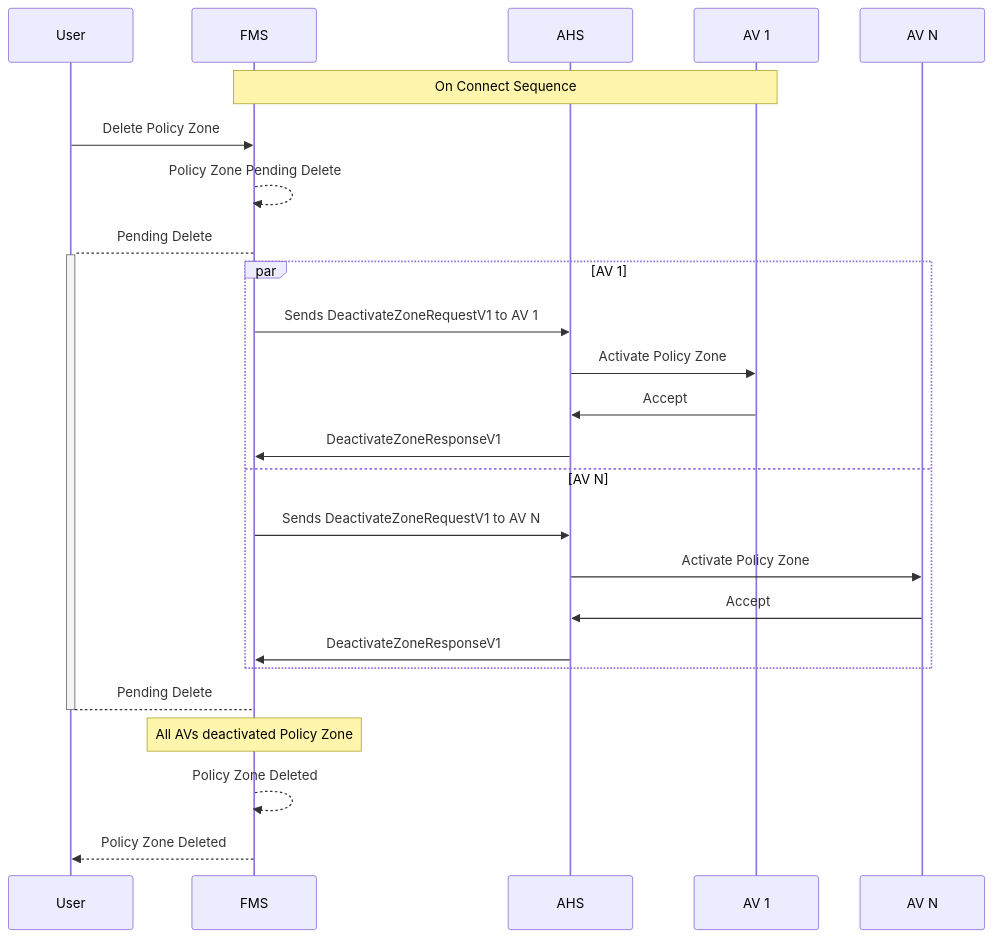
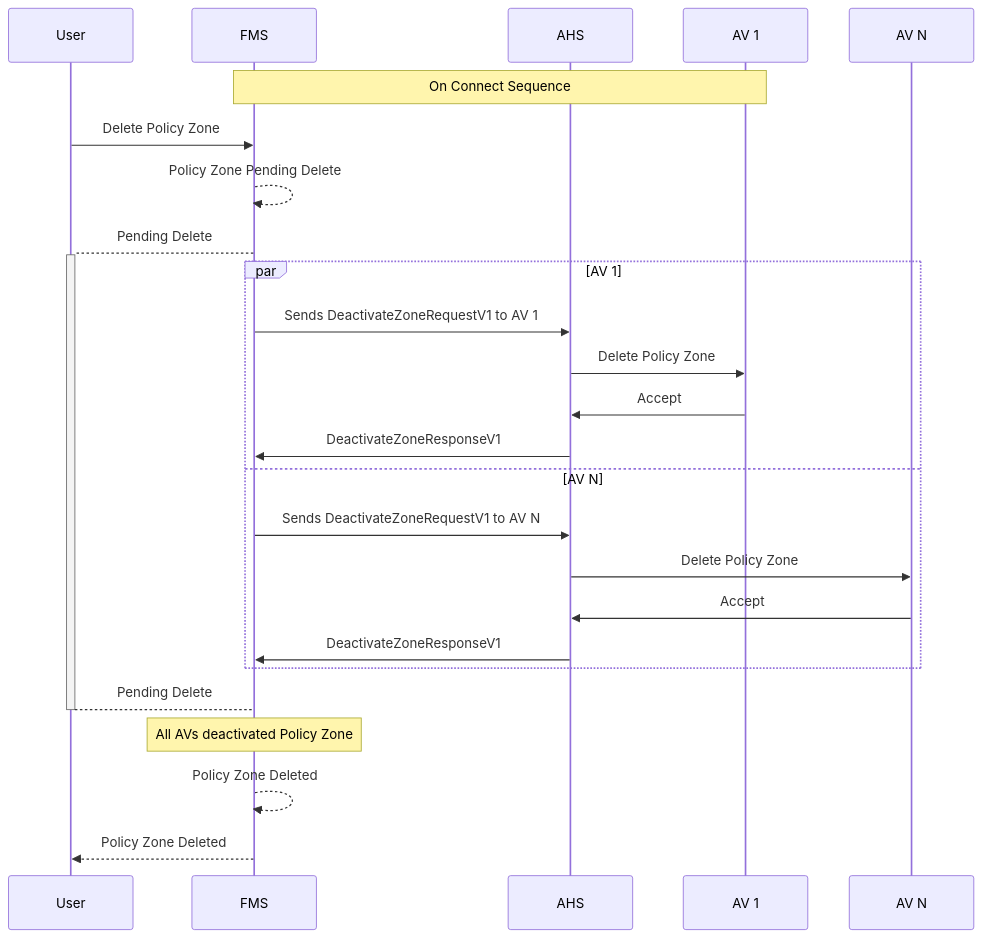
Before and after one commit to open-autonomy/zone: the diagram in diagram/PolicyZoneDeletion.md, drawn with Mermaid. The commit also changed other lines of this file and 11 other files, not shown here.

````diff
--- a/diagram/PolicyZoneDeletion.md
+++ b/diagram/PolicyZoneDeletion.md
@@ -6,31 +10,31 @@
 ```mermaid
 sequenceDiagram
     participant User
     participant FMS
     participant AHS
     participant AV 1
     participant AV N
 
     Note over FMS,AV 1: On Connect Sequence
     User->>FMS: Delete Policy Zone
     FMS-->>FMS: Policy Zone Pending Delete
     FMS-->+User: Pending Delete
 
     par AV 1
         FMS->>AHS: Sends DeactivateZoneRequestV1 to AV 1
-        AHS->>AV 1: Activate Policy Zone
+        AHS->>AV 1: Delete Policy Zone
         AV 1->>AHS: Accept
         AHS->>FMS: DeactivateZoneResponseV1
     and AV N
         FMS->>AHS: Sends DeactivateZoneRequestV1 to AV N
-        AHS->>AV N: Activate Policy Zone
+        AHS->>AV N: Delete Policy Zone
         AV N->>AHS: Accept
         AHS->>FMS: DeactivateZoneResponseV1
     end
 
     User-->-FMS: Pending Delete
 
     Note Over FMS: All AVs deactivated Policy Zone
     FMS-->>FMS: Policy Zone Deleted
     FMS-->>User: Policy Zone Deleted
 ```
````
